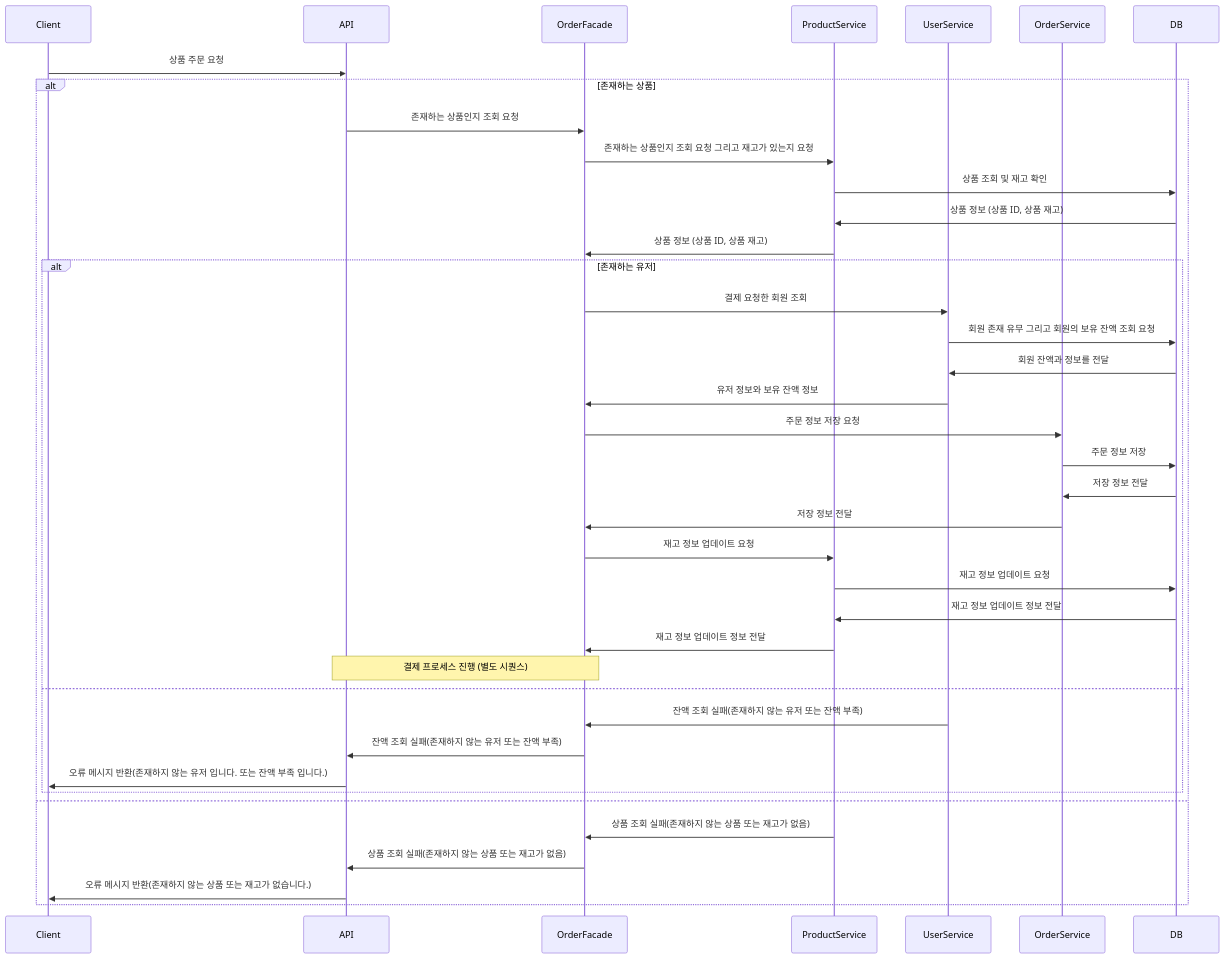
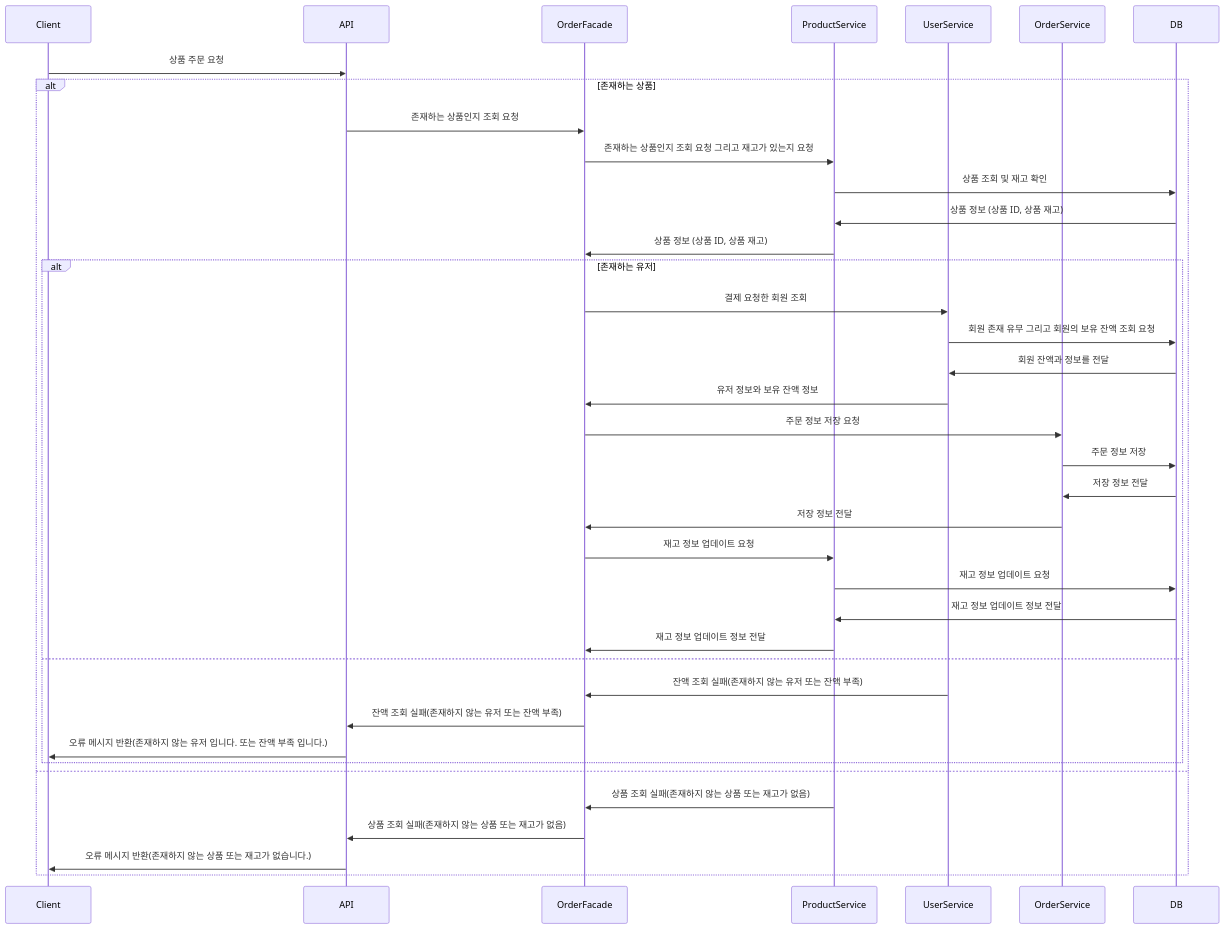
One commit to LeeJeongGi/hhplus-03-ecommerce changed the fifth of 8 diagrams in docs/EventSequence.md. Above: the diagram before and after it, drawn with Mermaid. The commit also changed 1 other file, not shown here.

Commit message:
feat : 피드백 반영 - 결제 테이블 추가, 오더 테이블 FK 상품 재고테이블로 변경

````diff
--- a/docs/EventSequence.md
+++ b/docs/EventSequence.md
@@ -124,48 +124,46 @@
 ```mermaid
 sequenceDiagram
     participant Client
     participant API
     participant OrderFacade
     participant ProductService
     participant UserService
     participant OrderService
     participant DB
     
     Client ->> API: 상품 주문 요청
     alt 존재하는 상품
     
         API ->> OrderFacade: 존재하는 상품인지 조회 요청
         OrderFacade ->> ProductService: 존재하는 상품인지 조회 요청 그리고 재고가 있는지 요청
         ProductService ->> DB: 상품 조회 및 재고 확인
         DB ->> ProductService: 상품 정보 (상품 ID, 상품 재고)
         ProductService ->> OrderFacade: 상품 정보 (상품 ID, 상품 재고)
     
         alt 존재하는 유저
             OrderFacade ->> UserService: 결제 요청한 회원 조회
             UserService ->> DB: 회원 존재 유무 그리고 회원의 보유 잔액 조회 요청
             DB ->> UserService: 회원 잔액과 정보를 전달
             UserService ->> OrderFacade: 유저 정보와 보유 잔액 정보
             
             OrderFacade ->> OrderService: 주문 정보 저장 요청
             OrderService ->> DB: 주문 정보 저장
             DB ->> OrderService: 저장 정보 전달
             OrderService ->> OrderFacade: 저장 정보 전달
 
             OrderFacade ->> ProductService: 재고 정보 업데이트 요청
             ProductService ->> DB: 재고 정보 업데이트 요청
             DB ->> ProductService: 재고 정보 업데이트 정보 전달
             ProductService ->> OrderFacade: 재고 정보 업데이트 정보 전달
             
-            Note over OrderFacade,API: 결제 프로세스 진행 (별도 시퀀스)
-            
         else
             UserService ->> OrderFacade: 잔액 조회 실패(존재하지 않는 유저 또는 잔액 부족)
             OrderFacade ->> API: 잔액 조회 실패(존재하지 않는 유저 또는 잔액 부족)
             API ->> Client: 오류 메시지 반환(존재하지 않는 유저 입니다. 또는 잔액 부족 입니다.)
         end
     else
         ProductService ->> OrderFacade: 상품 조회 실패(존재하지 않는 상품 또는 재고가 없음)
         OrderFacade ->> API: 상품 조회 실패(존재하지 않는 상품 또는 재고가 없음)
         API ->> Client: 오류 메시지 반환(존재하지 않는 상품 또는 재고가 없습니다.)
     end
 ```
````
